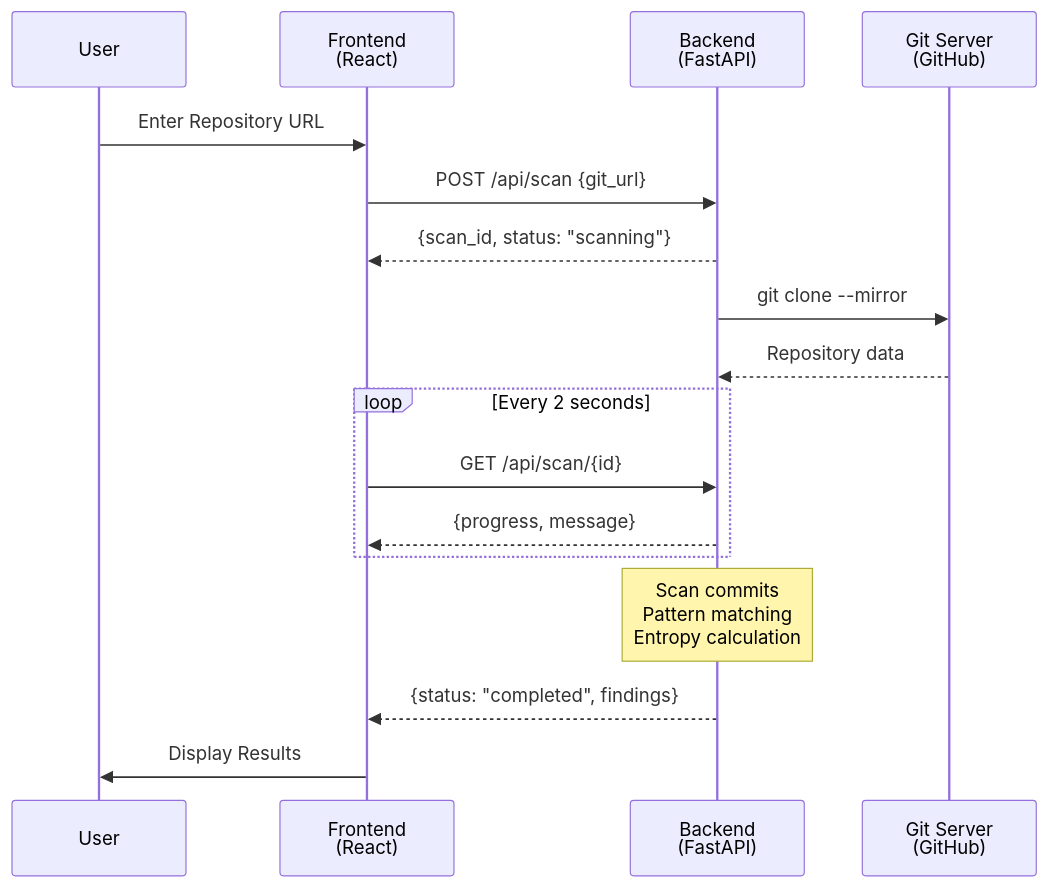
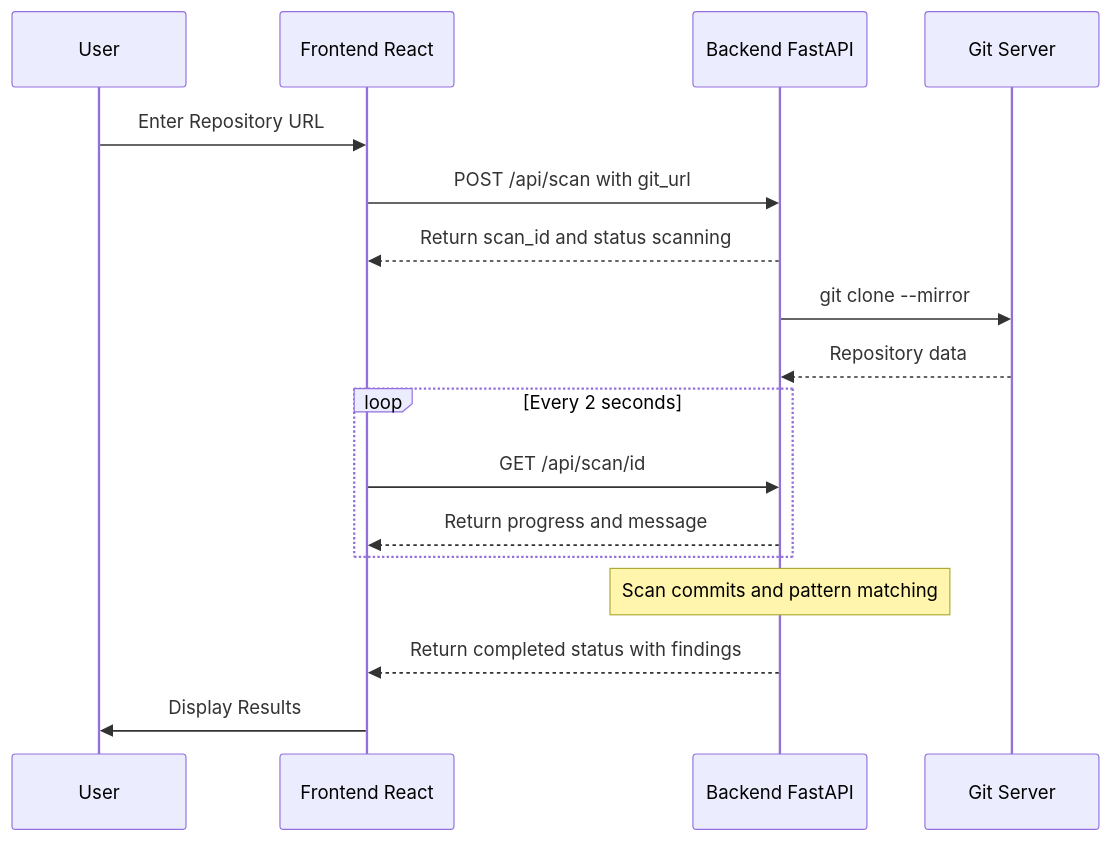
The fourth of 11 diagrams in architecture/HLD.md (alamshoaib134/git-secret-scanner), drawn with Mermaid before and after one commit. The commit also changed other lines of this file and 1 other file, not shown here.

First line of the commit message:
Fix Mermaid syntax errors in architecture diagrams

````diff
--- a/architecture/HLD.md
+++ b/architecture/HLD.md
@@ -95,24 +95,24 @@
 ```mermaid
 sequenceDiagram
     participant U as User
-    participant F as Frontend<br/>(React)
-    participant B as Backend<br/>(FastAPI)
-    participant G as Git Server<br/>(GitHub)
+    participant F as Frontend React
+    participant B as Backend FastAPI
+    participant G as Git Server
 
     U->>F: Enter Repository URL
-    F->>B: POST /api/scan {git_url}
-    B-->>F: {scan_id, status: "scanning"}
+    F->>B: POST /api/scan with git_url
+    B-->>F: Return scan_id and status scanning
     
     B->>G: git clone --mirror
     G-->>B: Repository data
     
     loop Every 2 seconds
-        F->>B: GET /api/scan/{id}
-        B-->>F: {progress, message}
+        F->>B: GET /api/scan/id
+        B-->>F: Return progress and message
     end
     
-    Note over B: Scan commits<br/>Pattern matching<br/>Entropy calculation
+    Note over B: Scan commits and pattern matching
     
-    B-->>F: {status: "completed", findings}
+    B-->>F: Return completed status with findings
     F->>U: Display Results
 ```
````
